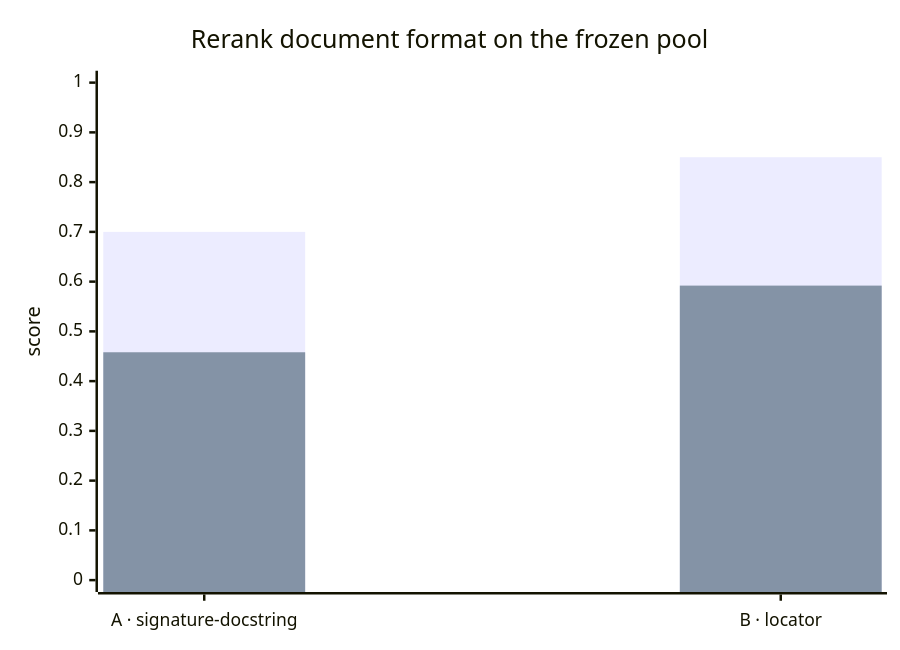
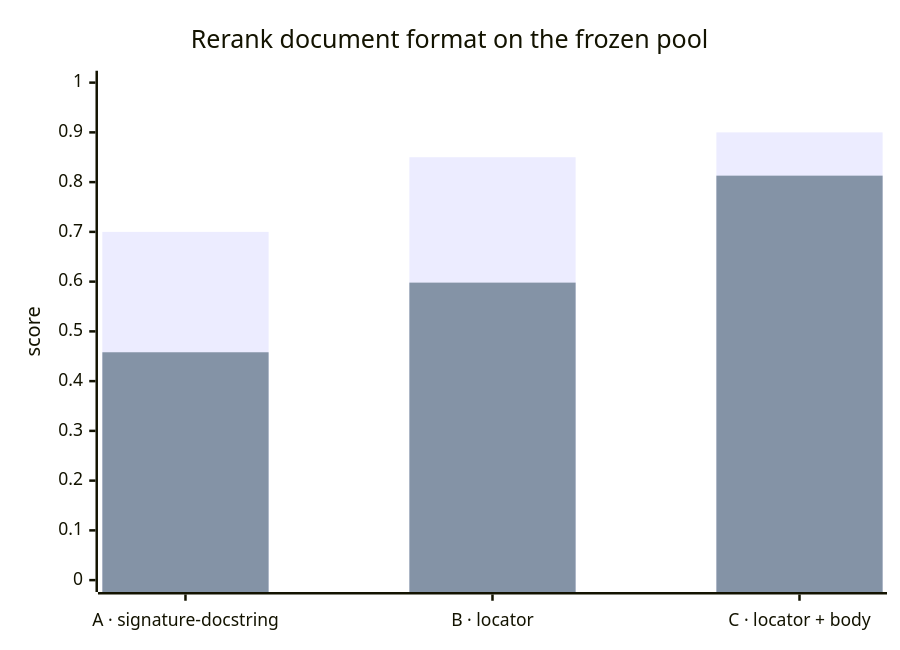
Before and after one commit to nuclearthinking/priorart: the third of 3 diagrams in benchmarks/README.md, drawn with Mermaid. The commit also changed other lines of this file and 9 other files, not shown here.

````diff
--- a/benchmarks/README.md
+++ b/benchmarks/README.md
@@ -78,8 +82,8 @@
 ```mermaid
 xychart-beta
     title "Rerank document format on the frozen pool"
-    x-axis ["A · signature-docstring", "B · locator"]
+    x-axis ["A · signature-docstring", "B · locator", "C · locator + body"]
     y-axis "score" 0 --> 1
-    bar [0.70, 0.85]
-    bar [0.458, 0.592]
+    bar [0.70, 0.85, 0.90]
+    bar [0.458, 0.598, 0.813]
 ```
````
